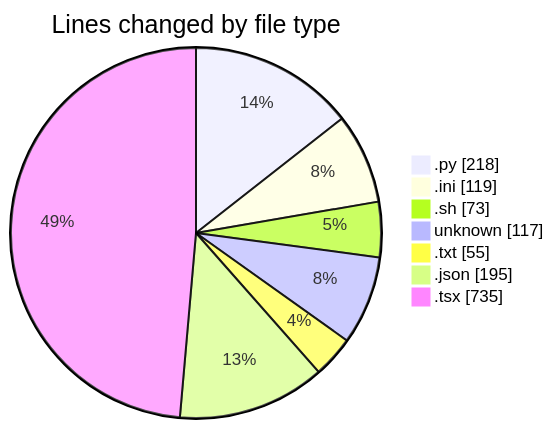
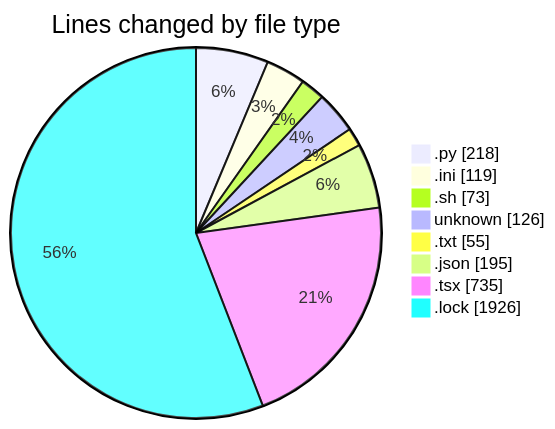
One commit to Elitesun/code-tracking changed the first of 2 diagrams in 2025-05-12/niten/README.md. Above: the diagram before and after it, drawn with Mermaid. The commit also changed other lines of this file and 1 other file, not shown here.

````diff
--- a/2025-05-12/niten/README.md
+++ b/2025-05-12/niten/README.md
@@ -32,11 +33,12 @@
 ```mermaid
 pie showData
 title Lines changed by file type
 ".py" : 218
 ".ini" : 119
 ".sh" : 73
-"unknown" : 117
+"unknown" : 126
 ".txt" : 55
 ".json" : 195
 ".tsx" : 735
+".lock" : 1926
 ```
````
